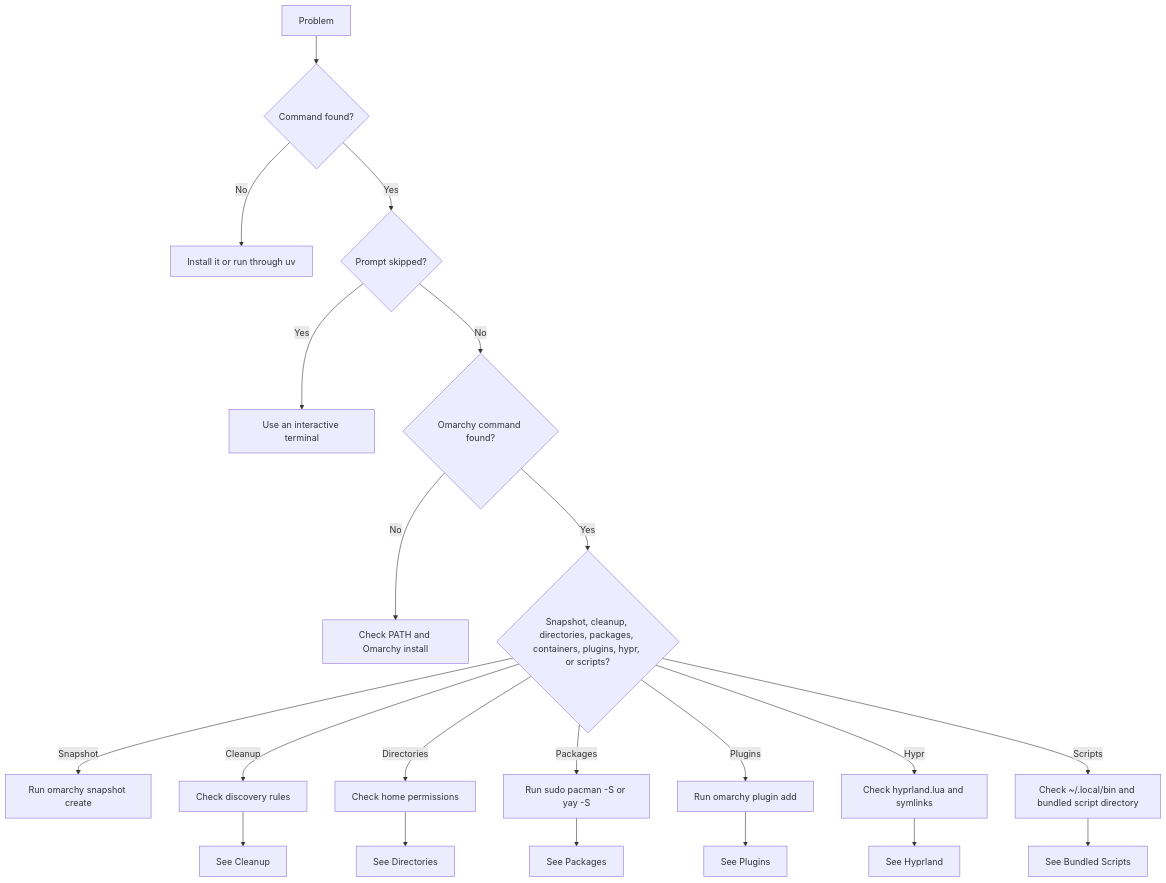
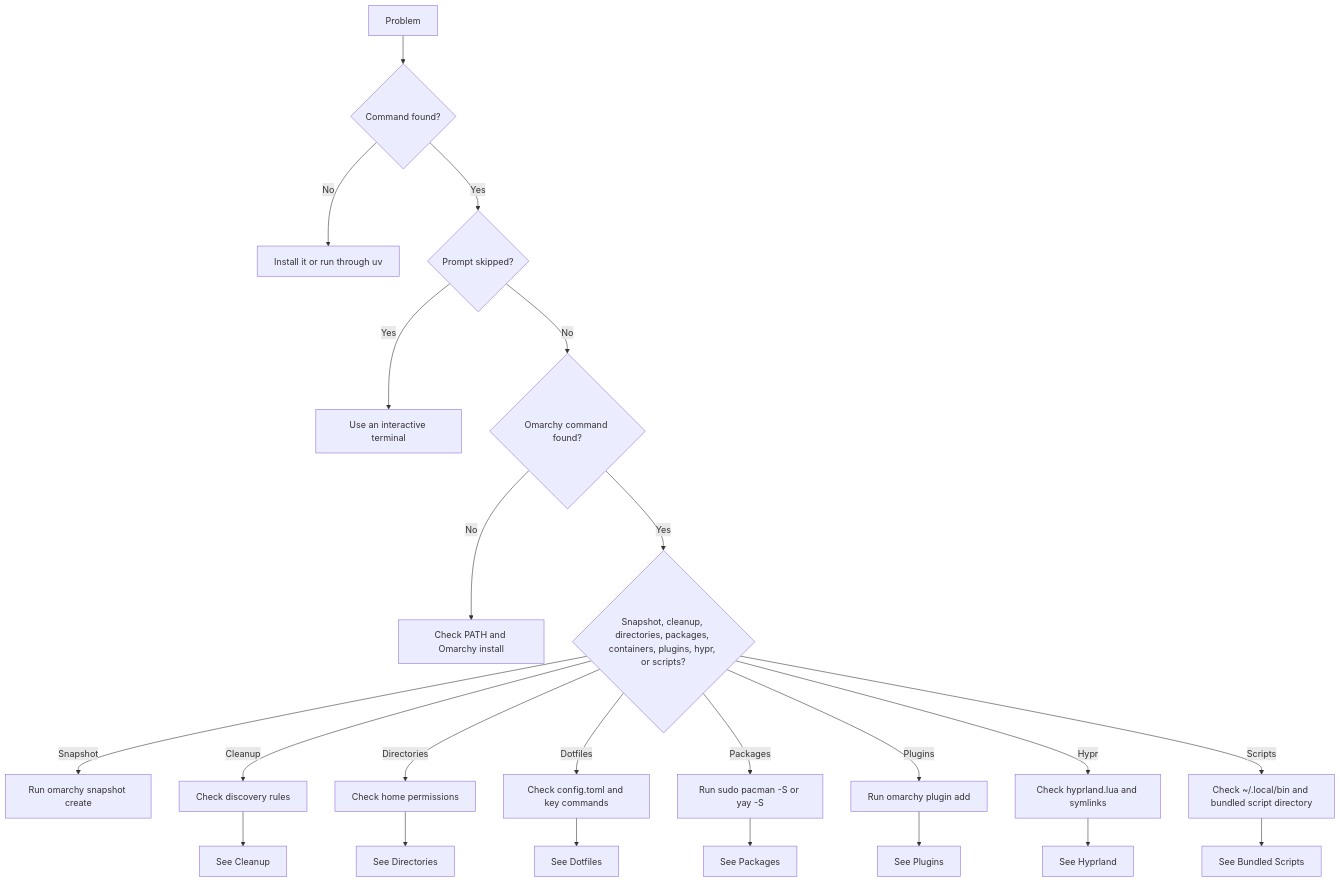
One commit to Armoghans-Organization/Omarchy-Tweaker changed the first of 2 diagrams in docs/troubleshooting.md. Above: the diagram before and after it, drawn with Mermaid. The commit also changed other lines of this file and 27 other files, not shown here.

````diff
--- a/docs/troubleshooting.md
+++ b/docs/troubleshooting.md
@@ -12,23 +12,25 @@
 ```mermaid
 flowchart TD
     A[Problem] --> B{Command found?}
     B -- No --> C[Install it or run through uv]
     B -- Yes --> D{Prompt skipped?}
     D -- Yes --> E[Use an interactive terminal]
     D -- No --> F{Omarchy command found?}
     F -- No --> G[Check PATH and Omarchy install]
     F -- Yes --> H{Snapshot, cleanup, directories, packages, containers, plugins, hypr, or scripts?}
     H -- Snapshot --> I[Run omarchy snapshot create]
     H -- Cleanup --> J[Check discovery rules]
     J --> K[See Cleanup]
     H -- Directories --> L[Check home permissions]
     L --> M[See Directories]
+    H -- Dotfiles --> V[Check config.toml and key commands]
+    V --> W[See Dotfiles]
     H -- Packages --> N[Run sudo pacman -S or yay -S]
     N --> O[See Packages]
     H -- Plugins --> P[Run omarchy plugin add]
     P --> Q[See Plugins]
     H -- Hypr --> R[Check hyprland.lua and symlinks]
     R --> S[See Hyprland]
     H -- Scripts --> T[Check ~/.local/bin and bundled script directory]
     T --> U[See Bundled Scripts]
 ```
````
